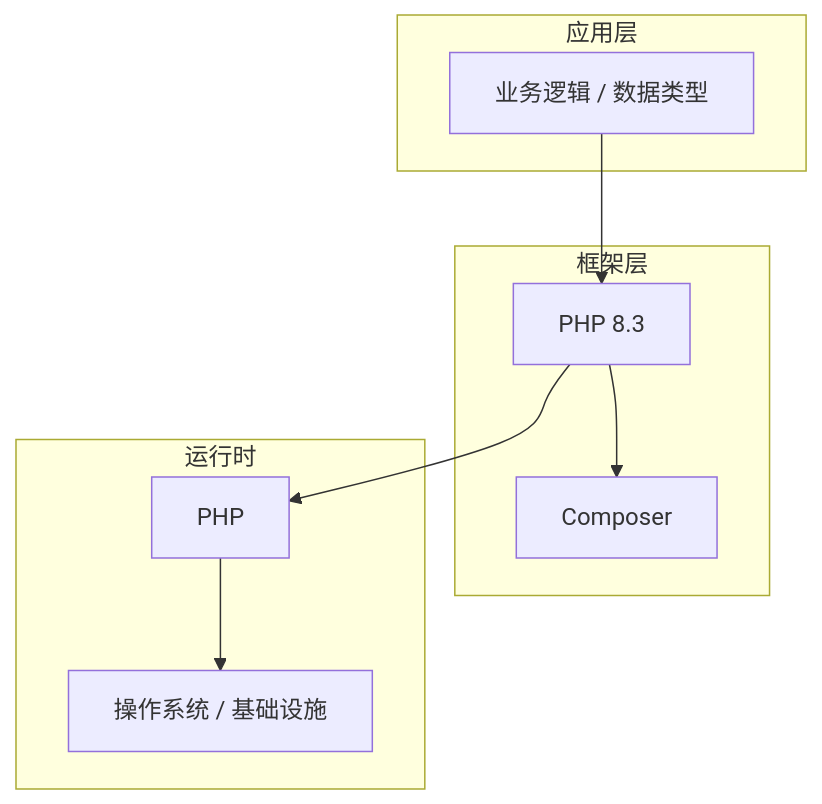
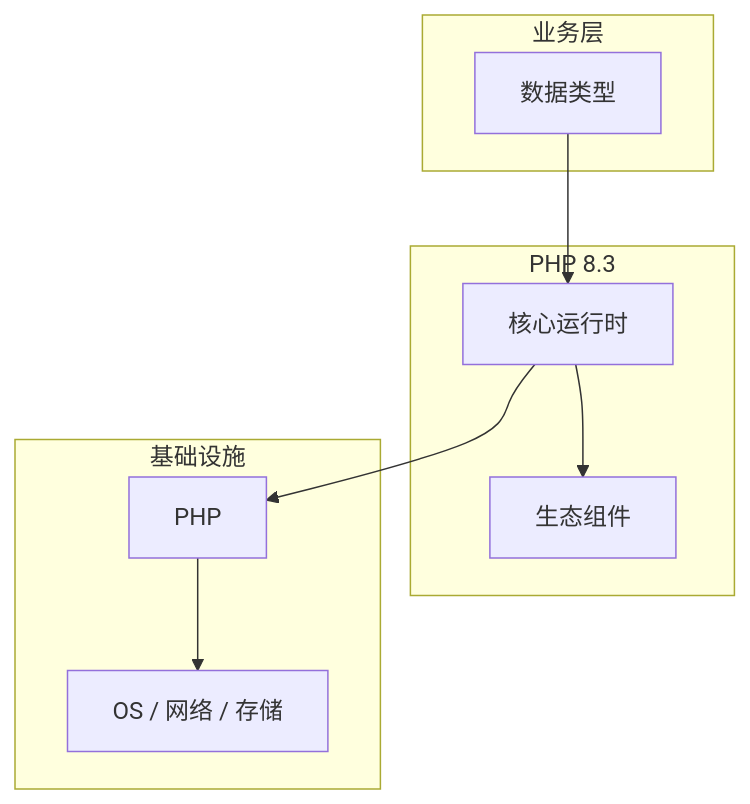
One commit to yanggan2015/knowledge-json-v2 changed the diagram in articles/PHP/chapters/007-数据类型核心概念与原理.md. Above: the diagram before and after it, drawn with Mermaid. The commit also changed other lines of this file and 10127 other files, not shown here.

````diff
--- a/articles/PHP/chapters/007-数据类型核心概念与原理.md
+++ b/articles/PHP/chapters/007-数据类型核心概念与原理.md
@@ -45,18 +34,18 @@
 ```mermaid
 graph TB
-    subgraph 应用层
-        A[业务逻辑 / 数据类型]
+    subgraph 业务层
+        A[数据类型]
     end
-    subgraph 框架层
-        B[PHP 8.3]
-        C[Composer]
+    subgraph PHP 8.3
+        B[核心运行时]
+        C[生态组件]
     end
-    subgraph 运行时
+    subgraph 基础设施
         D[PHP]
-        E[操作系统 / 基础设施]
+        E[OS / 网络 / 存储]
     end
     A --> B
     B --> C
     B --> D
     D --> E
 ```
````
